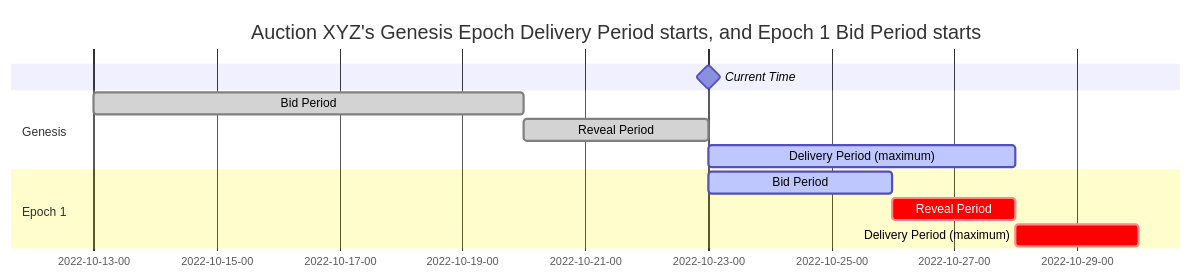
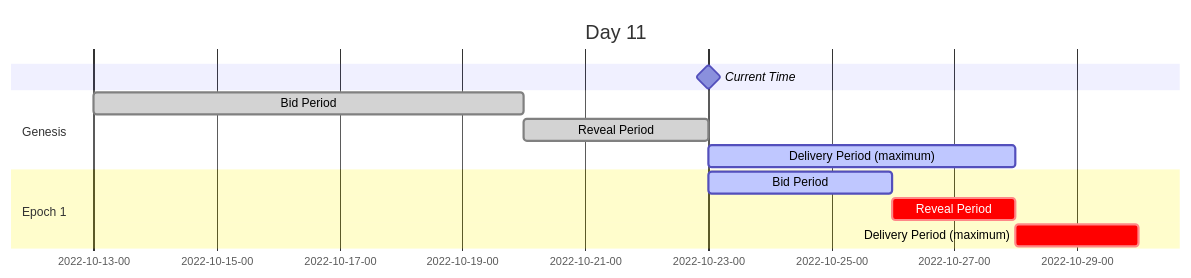
The third of 5 diagrams in docs/understanding-auction-behavior.md (zoidz123/zoidz123.github.io), drawn with Mermaid before and after one commit. The commit also changed other lines of this file and 18 other files, not shown here.

````diff
--- a/docs/understanding-auction-behavior.md
+++ b/docs/understanding-auction-behavior.md
@@ -154,18 +90,18 @@
 ```mermaid
 gantt
     dateFormat  YYYY-MM-DD-HH
     axisFormat  %Y-%m-%d-%H
     todayMarker off
-    title       Auction XYZ's Genesis Epoch Delivery Period starts, and Epoch 1 Bid Period starts
+    title       Day 11
     Current Time: milestone, 2022-10-23-00, 0d
 
     section Genesis
     Bid Period                  :done,  des1, 2022-10-13-00, 7d
     Reveal Period               :done,  des2, after des1, 3d
     Delivery Period (maximum)            :active,  des3, after des2, 5d
 
     section Epoch 1
     Bid Period                  :active,  des4, after des2, 3d
     Reveal Period               :crit,  des5, after des4, 2d
     Delivery Period (maximum)           :crit,  des6, after des5, 2d
 ```
````
